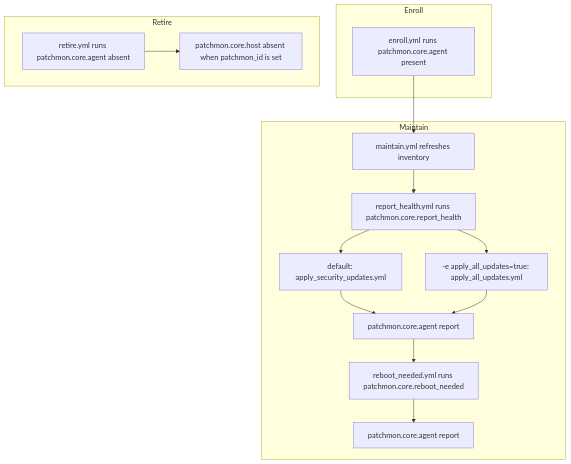
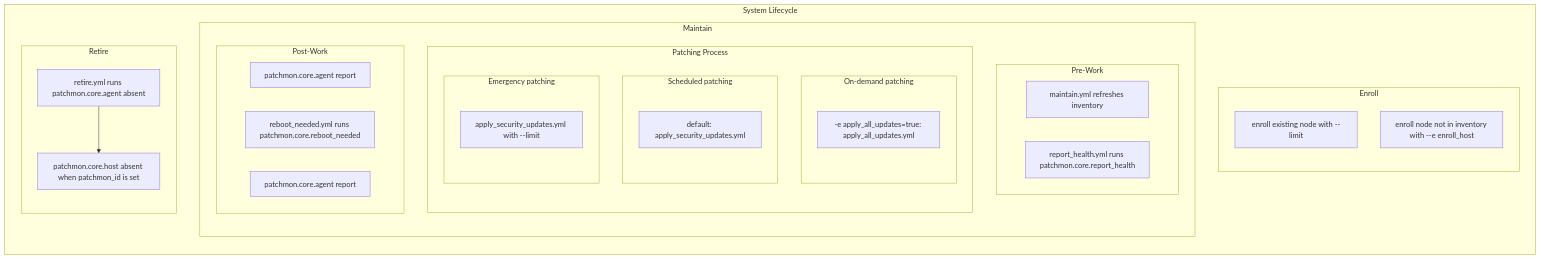
The second of 2 diagrams in docs/automator-guide.md (mrjoshuap/PatchMon-ansible), drawn with Mermaid before and after one commit. The commit also changed other lines of this file, not shown here.

Commit message:
docs: revise automator-guide.md to enhance system lifecycle flowchart
Updated the flowchart in automator-guide.md to better illustrate the system lifecycle, including detailed sections for enrollment, maintenance, and retirement processes. Added distinctions for on-demand, scheduled, and emergency patching, improving clarity and usability for users navigating the patch management workflow.

````diff
--- a/docs/automator-guide.md
+++ b/docs/automator-guide.md
@@ -409,28 +409,45 @@
 ```mermaid
-flowchart TD
-  subgraph enroll [Enroll]
-    enrollAgent["enroll.yml runs patchmon.core.agent present"]
+flowchart LR
+  subgraph lifecycle ["System Lifecycle"]
+    direction TB
+    subgraph enroll [Enroll]
+      direction TB
+      enrollExisting["enroll existing node with --limit"]
+      enrollNew["enroll node not in inventory with --e enroll_host"]
+    end
+    subgraph maintain [Maintain]
+      direction TB
+      subgraph preWork [Pre-Work]
+      direction LR
+        refresh["maintain.yml refreshes inventory"]
+        health["report_health.yml runs patchmon.core.report_health"]
+      end
+      subgraph patching ["Patching Process"]
+        direction TB
+        subgraph ondemand ["On-demand patching"]
+          direction TB
+          allUpdates["-e apply_all_updates=true: apply_all_updates.yml"]
+        end
+        subgraph scheduled ["Scheduled patching"]
+          direction TB
+          securityUpd["default: apply_security_updates.yml"]
+        end
+        subgraph emergency ["Emergency patching"]
+          direction TB
+          emergencyUpd["apply_security_updates.yml with --limit"]
+        end
+      end
+      subgraph postWork [Post-Work]
+        reportSec["patchmon.core.agent report"]
+        rebootHost["reboot_needed.yml runs patchmon.core.reboot_needed"]
+        reportReboot["patchmon.core.agent report"]
+      end
+    end
+    subgraph retire [Retire]
+      direction TB
+      removeAgent["retire.yml runs patchmon.core.agent absent"]
+      deleteHost["patchmon.core.host absent when patchmon_id is set"]
+      removeAgent --> deleteHost
+    end
   end
-  subgraph maintain [Maintain]
-    refresh[maintain.yml refreshes inventory]
-    health["report_health.yml runs patchmon.core.report_health"]
-    securityUpd["default: apply_security_updates.yml"]
-    allUpdates["-e apply_all_updates=true: apply_all_updates.yml"]
-    reportSec["patchmon.core.agent report"]
-    rebootHost["reboot_needed.yml runs patchmon.core.reboot_needed"]
-    reportReboot["patchmon.core.agent report"]
-    refresh --> health
-    health --> securityUpd
-    health --> allUpdates
-    securityUpd --> reportSec
-    allUpdates --> reportSec
-    reportSec --> rebootHost
-    rebootHost --> reportReboot
-  end
-  subgraph retire [Retire]
-    removeAgent["retire.yml runs patchmon.core.agent absent"]
-    deleteHost["patchmon.core.host absent when patchmon_id is set"]
-    removeAgent --> deleteHost
-  end
-  enrollAgent --> refresh
 ```
````
